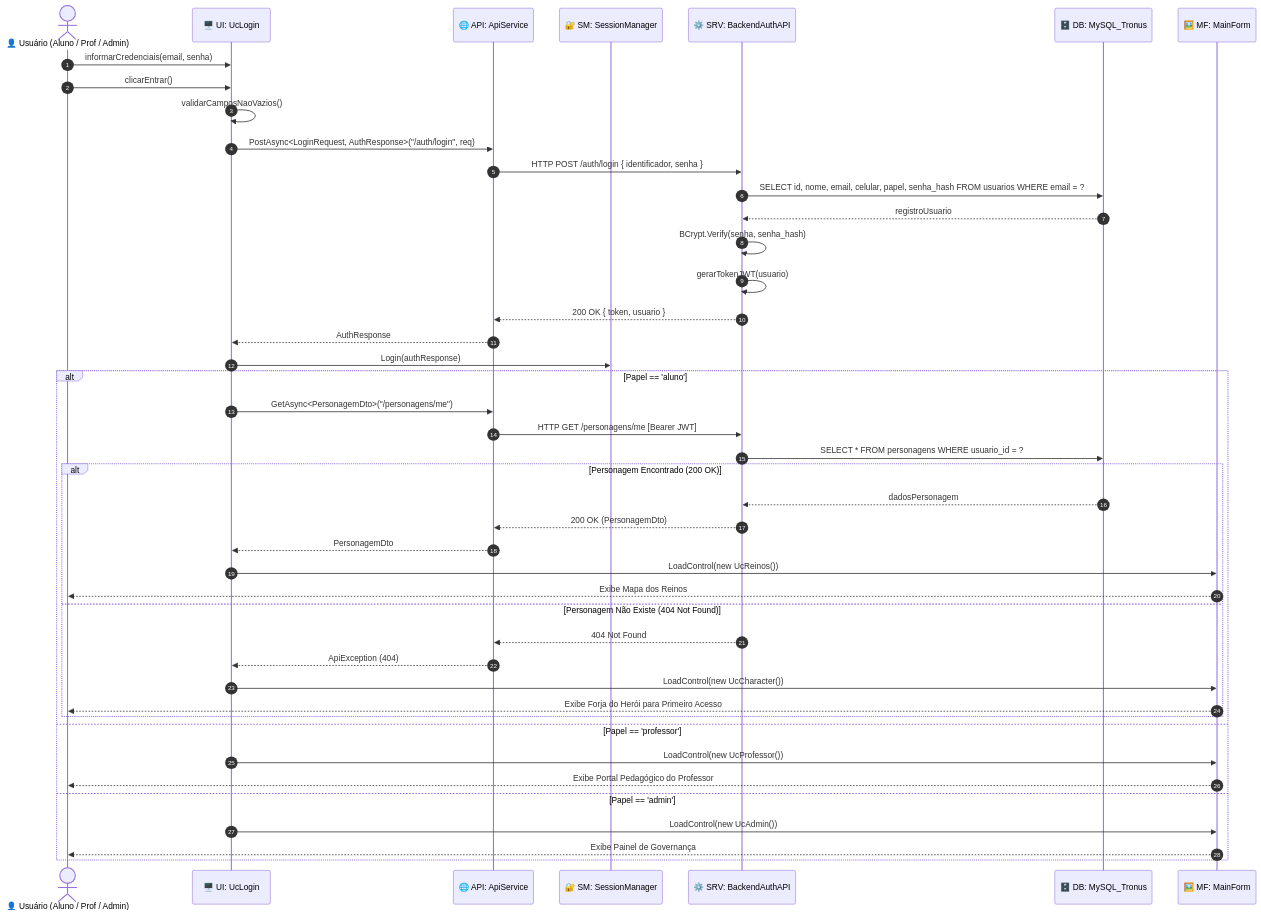
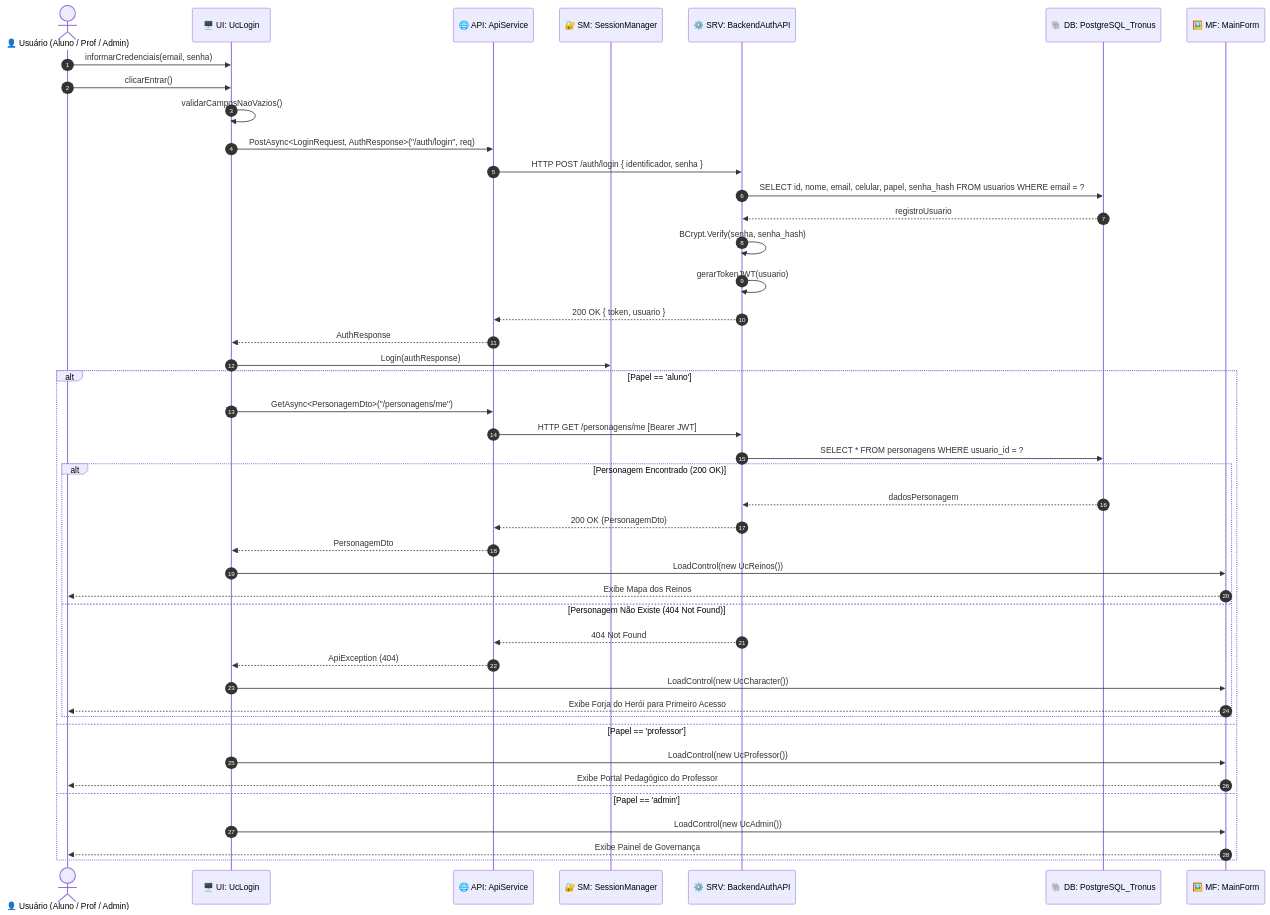
One commit to Pim-Unip2025/desktop changed the third of 12 diagrams in DiagramaDeSequencia.md. Above: the diagram before and after it, drawn with Mermaid. The commit also changed other lines of this file and 2 other files, not shown here.

Commit message:
docs(db): adiciona especificacao completa do schema PostgreSQL Supabase e alinha diagramas de sequencia

````diff
--- a/DiagramaDeSequencia.md
+++ b/DiagramaDeSequencia.md
@@ -177,49 +177,49 @@
 ```mermaid
 sequenceDiagram
     autonumber
     actor Usuario as 👤 Usuário (Aluno / Prof / Admin)
     participant UI as 🖥️ UI: UcLogin
     participant API as 🌐 API: ApiService
     participant SM as 🔐 SM: SessionManager
     participant SRV as ⚙️ SRV: BackendAuthAPI
-    participant DB as 🗄️ DB: MySQL_Tronus
+    participant DB as 🐘 DB: PostgreSQL_Tronus
     participant MF as 🖼️ MF: MainForm
 
     Usuario->>UI: informarCredenciais(email, senha)
     Usuario->>UI: clicarEntrar()
     UI->>UI: validarCamposNaoVazios()
     UI->>API: PostAsync<LoginRequest, AuthResponse>("/auth/login", req)
     API->>SRV: HTTP POST /auth/login { identificador, senha }
     SRV->>DB: SELECT id, nome, email, celular, papel, senha_hash FROM usuarios WHERE email = ?
     DB-->>SRV: registroUsuario
     SRV->>SRV: BCrypt.Verify(senha, senha_hash)
     SRV->>SRV: gerarTokenJWT(usuario)
     SRV-->>API: 200 OK { token, usuario }
     API-->>UI: AuthResponse
     UI->>SM: Login(authResponse)
     
     alt Papel == 'aluno'
         UI->>API: GetAsync<PersonagemDto>("/personagens/me")
         API->>SRV: HTTP GET /personagens/me [Bearer JWT]
         SRV->>DB: SELECT * FROM personagens WHERE usuario_id = ?
         
         alt Personagem Encontrado (200 OK)
             DB-->>SRV: dadosPersonagem
             SRV-->>API: 200 OK (PersonagemDto)
             API-->>UI: PersonagemDto
             UI->>MF: LoadControl(new UcReinos())
             MF-->>Usuario: Exibe Mapa dos Reinos
         else Personagem Não Existe (404 Not Found)
             SRV-->>API: 404 Not Found
             API-->>UI: ApiException (404)
             UI->>MF: LoadControl(new UcCharacter())
             MF-->>Usuario: Exibe Forja do Herói para Primeiro Acesso
         end
     else Papel == 'professor'
         UI->>MF: LoadControl(new UcProfessor())
         MF-->>Usuario: Exibe Portal Pedagógico do Professor
     else Papel == 'admin'
         UI->>MF: LoadControl(new UcAdmin())
         MF-->>Usuario: Exibe Painel de Governança
     end
 ```
````
